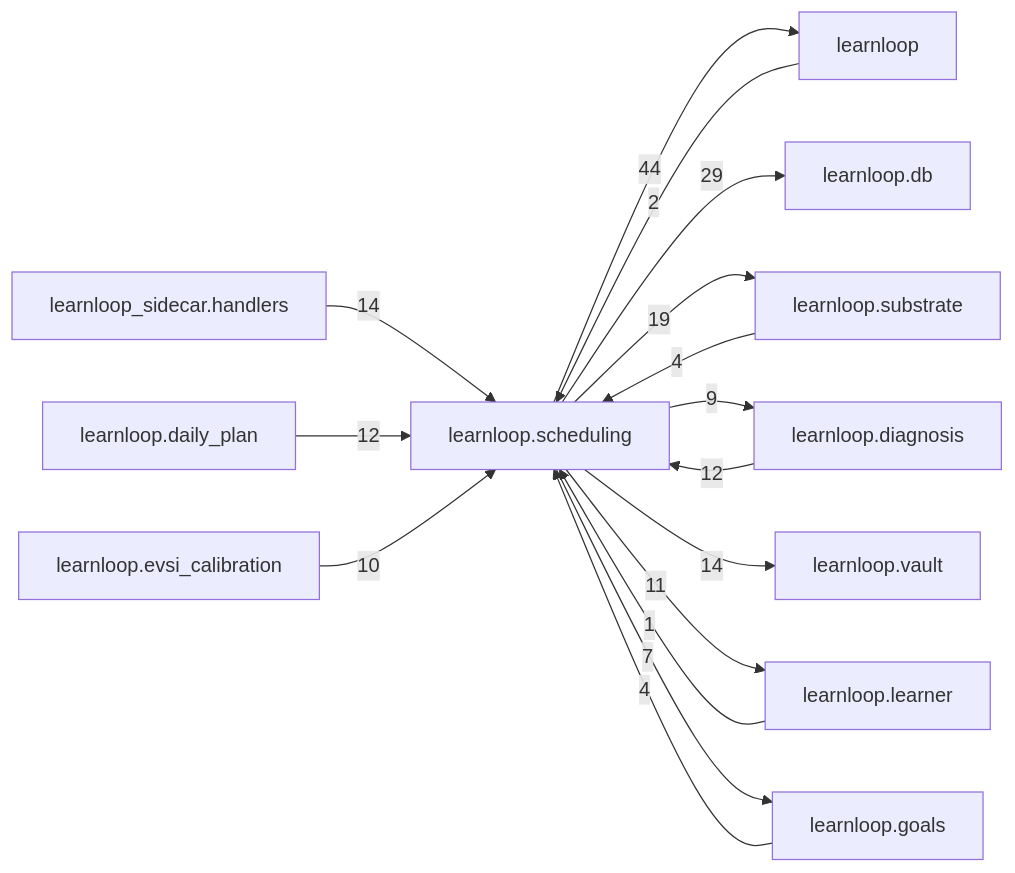
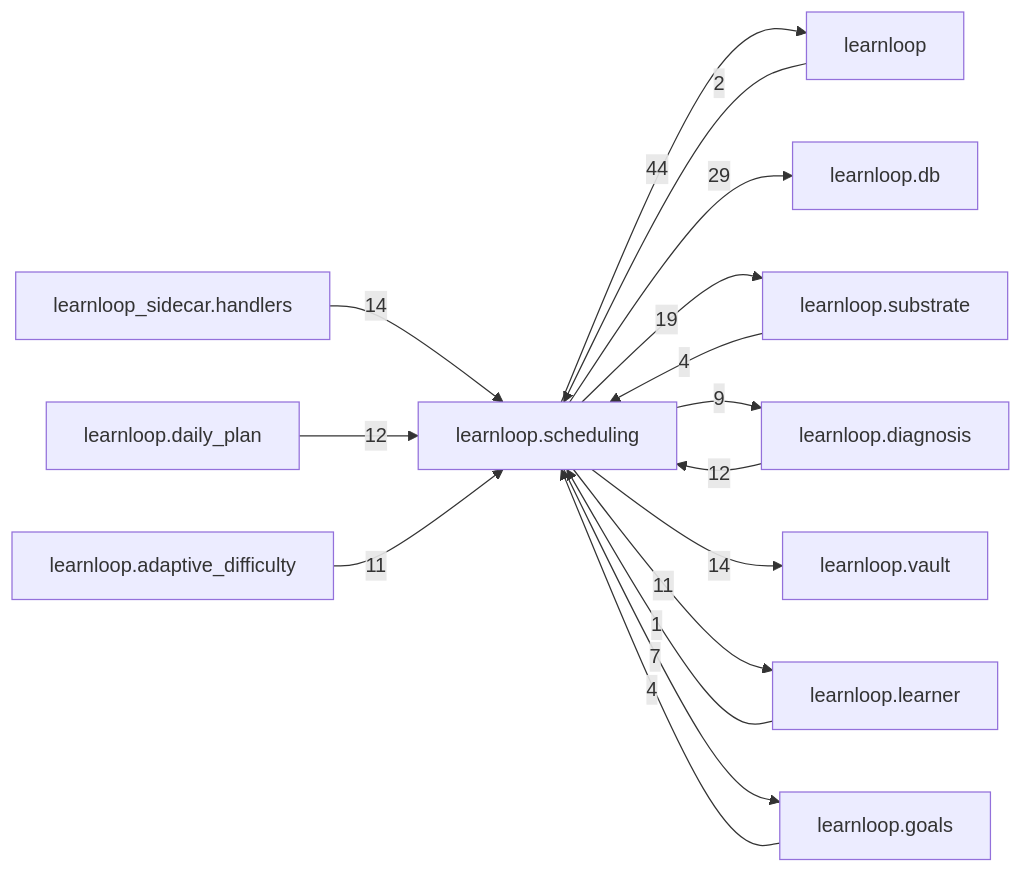
One commit to 6up-b/learnanything changed the diagram in docs/learnloop-architecture-vault/Reference/Modules/learnloop/scheduling/_package.md. Above: the diagram before and after it, drawn with Mermaid. The commit also changed other lines of this file and 638 other files, not shown here.

````diff
--- a/docs/learnloop-architecture-vault/Reference/Modules/learnloop/scheduling/_package.md
+++ b/docs/learnloop-architecture-vault/Reference/Modules/learnloop/scheduling/_package.md
@@ -188,29 +188,29 @@
 ```mermaid
 flowchart LR
     center["learnloop.scheduling"]
     n_learnloop["learnloop"]
     n_learnloop_db["learnloop.db"]
     n_learnloop_substrate["learnloop.substrate"]
     n_learnloop_diagnosis["learnloop.diagnosis"]
     n_learnloop_vault["learnloop.vault"]
     n_learnloop_sidecar_handlers["learnloop_sidecar.handlers"]
     n_learnloop_daily_plan["learnloop.daily_plan"]
     n_learnloop_learner["learnloop.learner"]
+    n_learnloop_adaptive_difficulty["learnloop.adaptive_difficulty"]
     n_learnloop_goals["learnloop.goals"]
-    n_learnloop_evsi_calibration["learnloop.evsi_calibration"]
     n_learnloop -->|2| center
     center -->|44| n_learnloop
     center -->|29| n_learnloop_db
     n_learnloop_substrate -->|4| center
     center -->|19| n_learnloop_substrate
     n_learnloop_diagnosis -->|12| center
     center -->|9| n_learnloop_diagnosis
     center -->|14| n_learnloop_vault
     n_learnloop_sidecar_handlers -->|14| center
     n_learnloop_daily_plan -->|12| center
     n_learnloop_learner -->|1| center
     center -->|11| n_learnloop_learner
+    n_learnloop_adaptive_difficulty -->|11| center
     n_learnloop_goals -->|4| center
     center -->|7| n_learnloop_goals
-    n_learnloop_evsi_calibration -->|10| center
 ```
````
